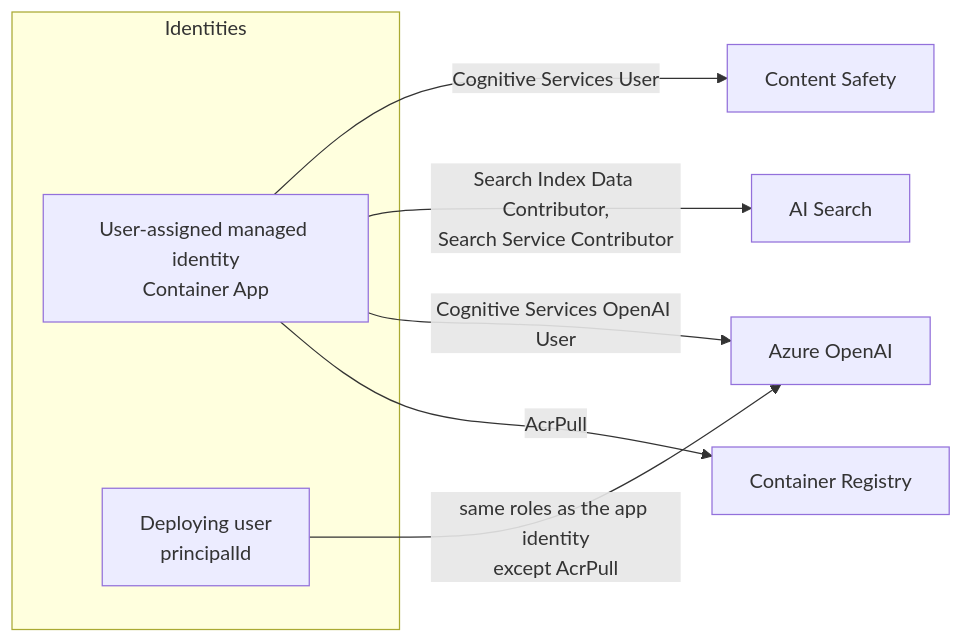
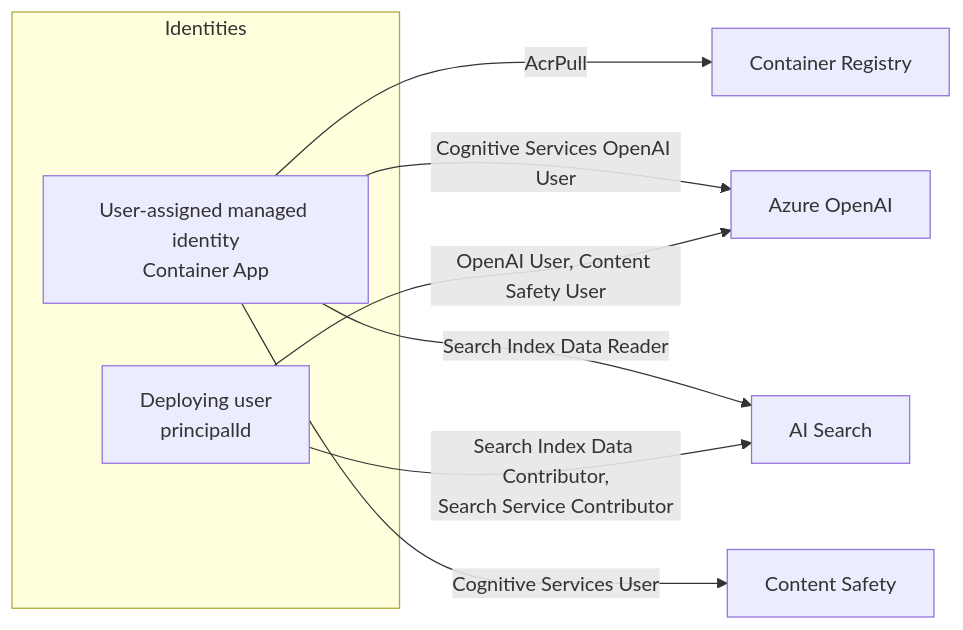
Before and after one commit to silent-vector-26/sous-chef-rag-cookbook: the ninth of 11 diagrams in docs/SDD.md, drawn with Mermaid. The commit also changed other lines of this file and 4 other files, not shown here.

````diff
--- a/docs/SDD.md
+++ b/docs/SDD.md
@@ -234,12 +234,13 @@
 ```mermaid
 flowchart LR
   subgraph Identities
     MI[User-assigned managed identity<br/>Container App]
     DEV[Deploying user<br/>principalId]
   end
   MI -->|AcrPull| ACR[Container Registry]
   MI -->|Cognitive Services OpenAI User| AOAI[Azure OpenAI]
-  MI -->|Search Index Data Contributor,<br/>Search Service Contributor| SRCH[AI Search]
+  MI -->|Search Index Data Reader| SRCH[AI Search]
+  DEV -->|Search Index Data Contributor,<br/>Search Service Contributor| SRCH
   MI -->|Cognitive Services User| CS[Content Safety]
-  DEV -->|same roles as the app identity<br/>except AcrPull| AOAI
+  DEV -->|OpenAI User, Content Safety User| AOAI
 ```
````
